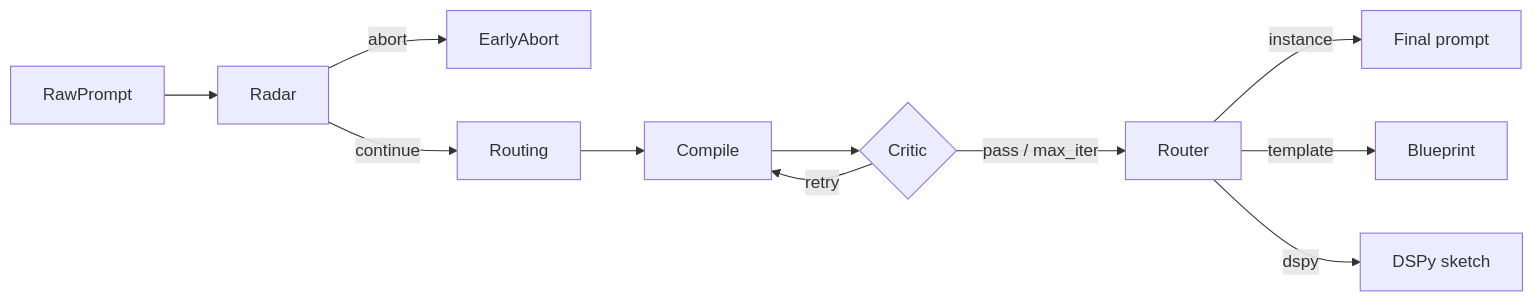
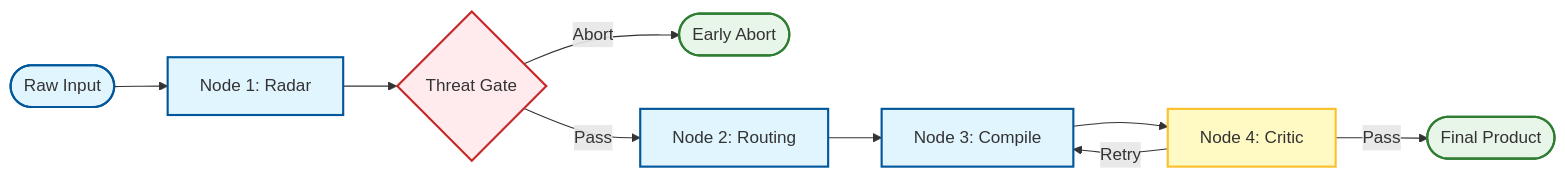
One commit to RimmonXIA/Prompt_Polisher changed the diagram in README.md. Above: the diagram before and after it, drawn with Mermaid. The commit also changed other lines of this file and 14 other files, not shown here.

Commit message:
feat: implement A2A server support, agent card discovery, and update CLI envelope schema

````diff
--- a/README.md
+++ b/README.md
@@ -38,13 +26,21 @@
 ```mermaid
-flowchart LR
-  Raw[RawPrompt] --> Radar[Radar]
-  Radar -->|abort| Abort[EarlyAbort]
-  Radar -->|continue| Routing[Routing]
-  Routing --> Compile[Compile]
-  Compile --> Critic{Critic}
-  Critic -->|retry| Compile
-  Critic -->|pass / max_iter| Router[Router]
-  Router -->|instance| O1[Final prompt]
-  Router -->|template| O2[Blueprint]
-  Router -->|dspy| O3[DSPy sketch]
+graph LR
+    classDef node fill:#e1f5fe,stroke:#01579b,stroke-width:2px;
+    classDef critic fill:#fff9c4,stroke:#fbc02d,stroke-width:2px;
+    classDef gate fill:#ffebee,stroke:#c62828,stroke-width:2px;
+    classDef output fill:#e8f5e9,stroke:#2e7d32,stroke-width:2px;
+
+    Raw([Raw Input]) --> Radar[Node 1: Radar]
+    Radar --> Gate{Threat Gate}
+    Gate -->|Abort| Stop([Early Abort])
+    Gate -->|Pass| Route[Node 2: Routing]
+    Route --> Compile[Node 3: Compile]
+    Compile --> Critic[Node 4: Critic]
+    Critic -->|Retry| Compile
+    Critic -->|Pass| Final([Final Product])
+
+    class Radar,Route,Compile node;
+    class Critic critic;
+    class Gate gate;
+    class Stop,Final output;
 ```
````
